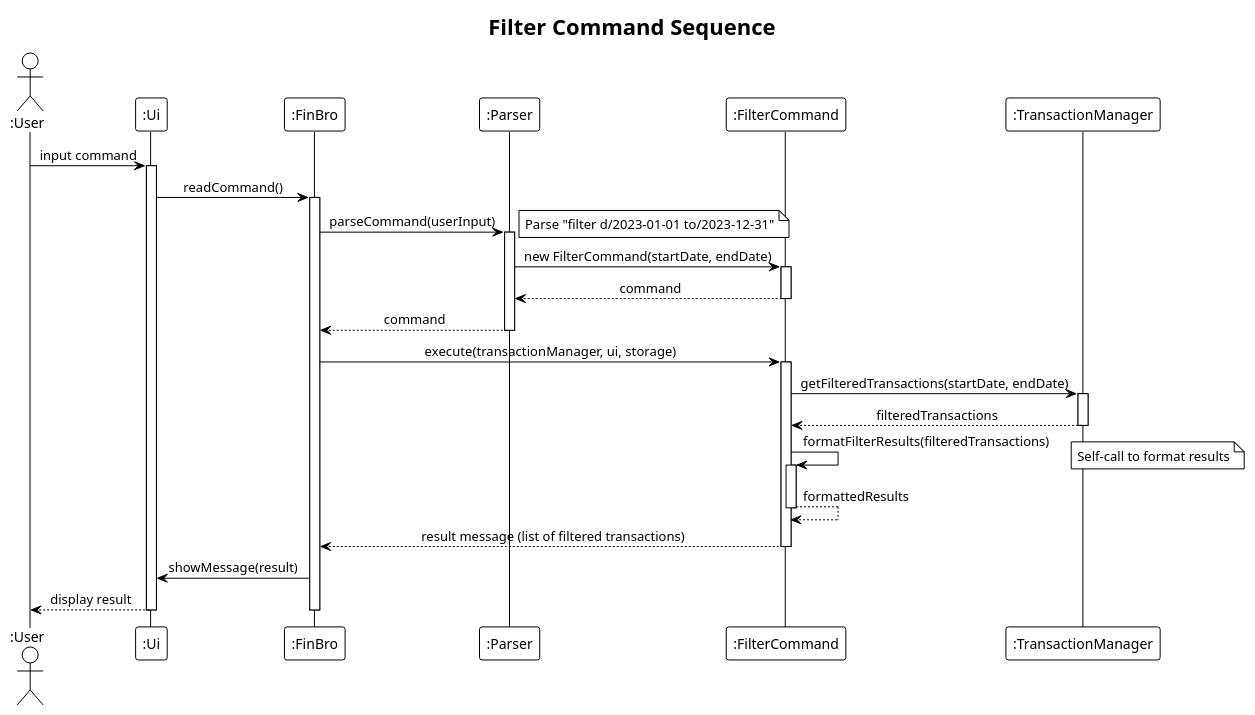
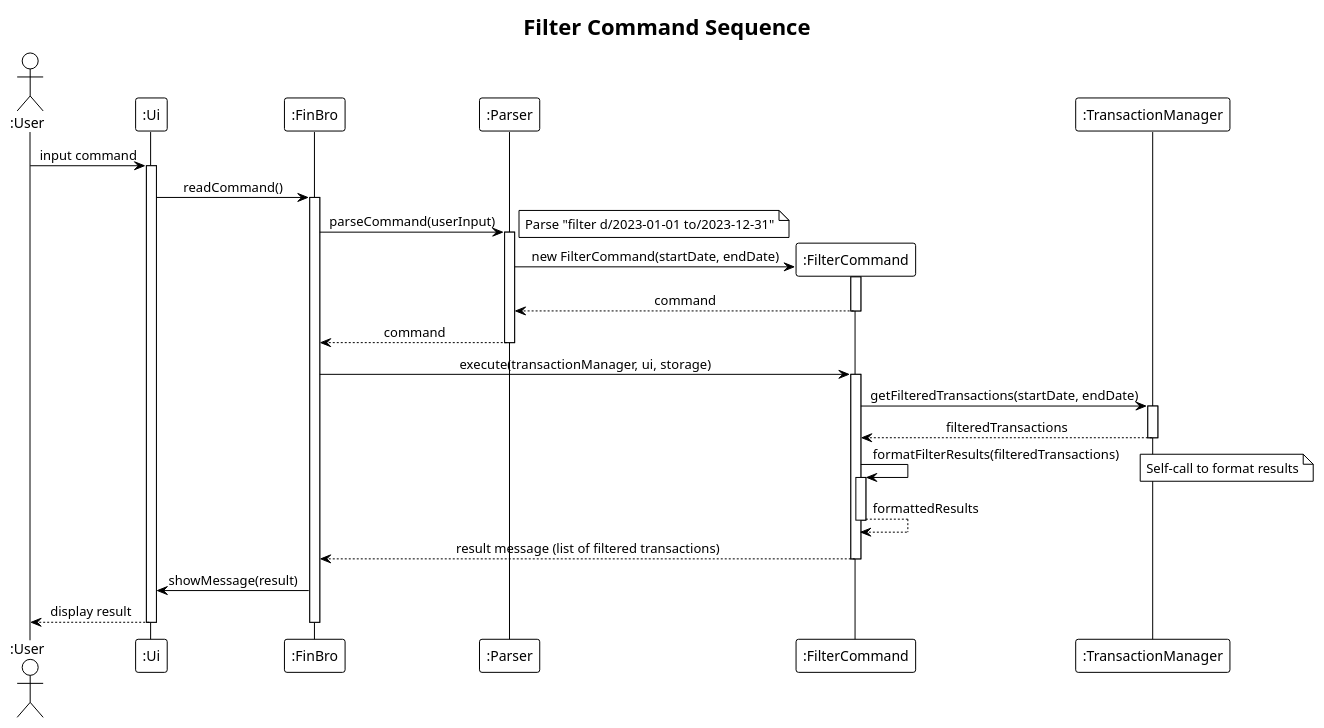
One commit to laitcanard05/tp changed diagram 17 of 21 in docs/DeveloperGuide.md. Above: the diagram before and after it, drawn with PlantUML. The commit also changed other lines of this file, not shown here.

````diff
--- a/docs/DeveloperGuide.md
+++ b/docs/DeveloperGuide.md
@@ -1470,55 +1473,56 @@
 ```puml
 @startuml
 !theme plain
 title Filter Command Sequence
 skinparam sequenceMessageAlign center
 skinparam responseMessageBelowArrow true
 
 actor ":User" as User
 participant ":Ui" as UI
 participant ":FinBro" as FinBro
 participant ":Parser" as Parser
 participant ":FilterCommand" as FilterCommand
 participant ":TransactionManager" as TransactionMgr
 
 User -> UI : input command
 activate UI
 
 UI -> FinBro : readCommand()
 activate FinBro
 
 FinBro -> Parser : parseCommand(userInput)
 activate Parser
 note right: Parse "filter d/2023-01-01 to/2023-12-31"
 
+create FilterCommand
 Parser -> FilterCommand : new FilterCommand(startDate, endDate)
 activate FilterCommand
 FilterCommand --> Parser : command
 deactivate FilterCommand
 Parser --> FinBro : command
 deactivate Parser
 
 FinBro -> FilterCommand : execute(transactionManager, ui, storage)
 activate FilterCommand
 
 FilterCommand -> TransactionMgr : getFilteredTransactions(startDate, endDate)
 activate TransactionMgr
 TransactionMgr --> FilterCommand : filteredTransactions
 deactivate TransactionMgr
 
 FilterCommand -> FilterCommand : formatFilterResults(filteredTransactions)
 activate FilterCommand
 note right: Self-call to format results
 FilterCommand --> FilterCommand : formattedResults
 deactivate FilterCommand
 
 FilterCommand --> FinBro : result message (list of filtered transactions)
 deactivate FilterCommand
 
 FinBro -> UI : showMessage(result)
 UI --> User : display result
 deactivate UI
 deactivate FinBro
 
 @enduml
 ```
````
